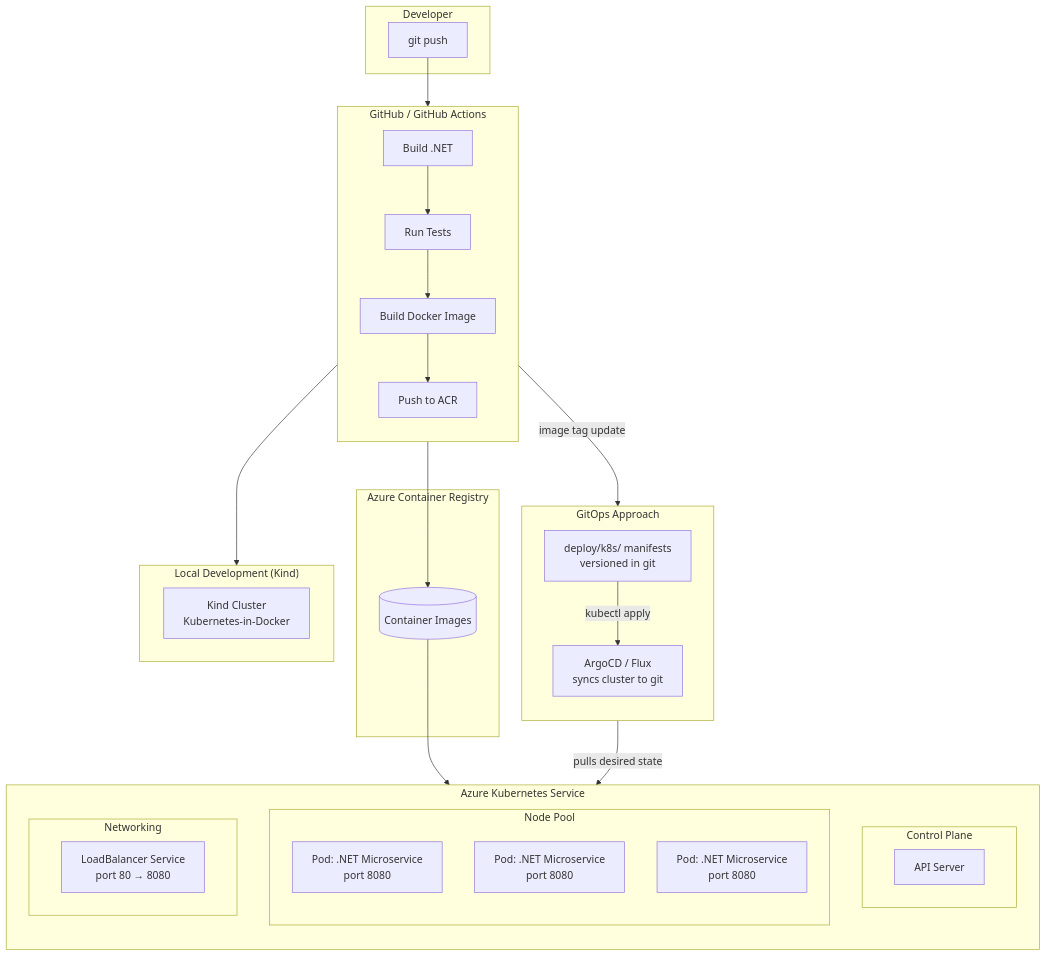
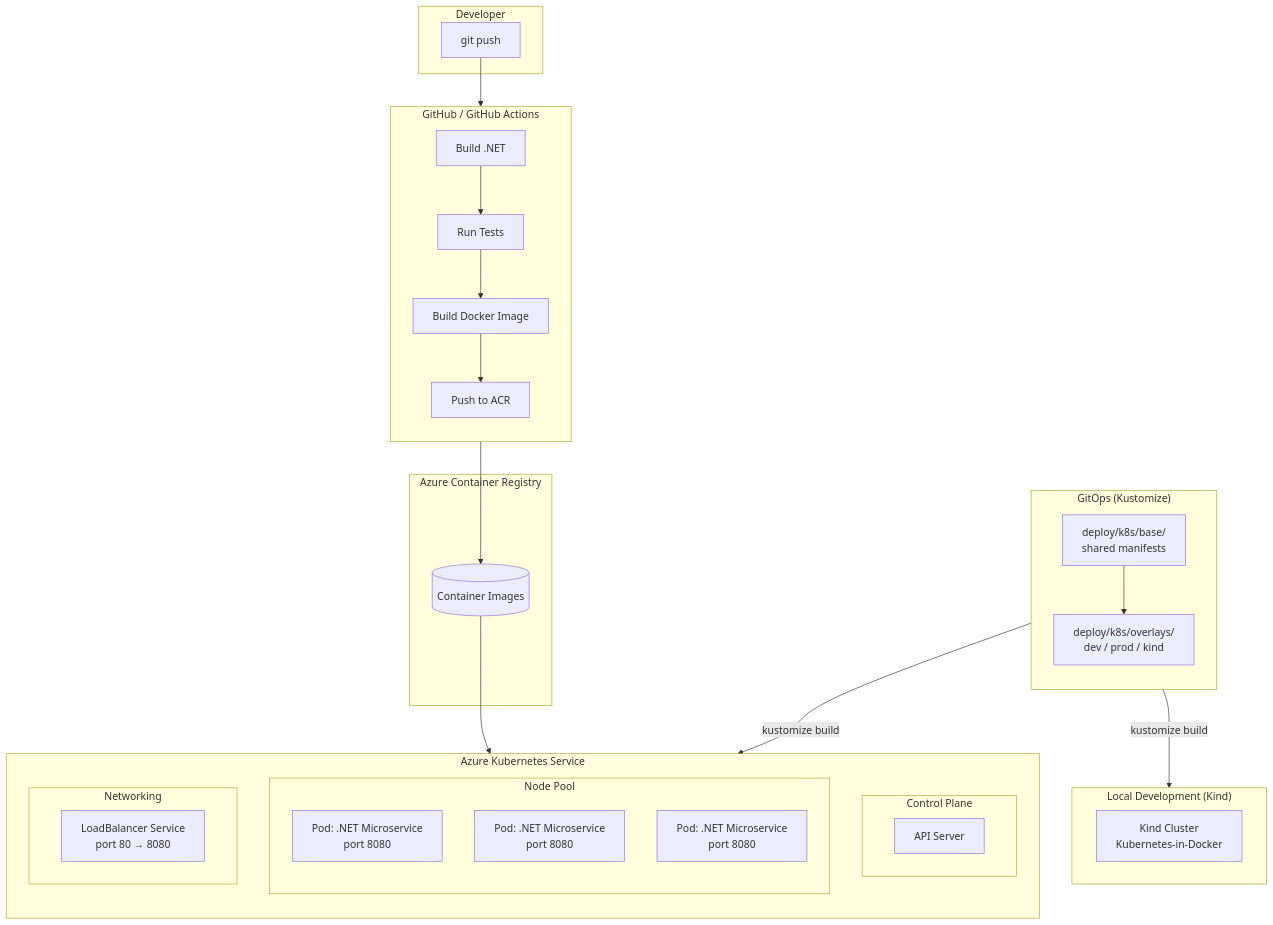
Before and after one commit to tukue/azure-dotnetservice: the first of 2 diagrams in README.md, drawn with Mermaid. The commit also changed other lines of this file and 15 other files, not shown here.

First line of the commit message:
Refactor to GitOps best practices with Kustomize overlays

````diff
--- a/README.md
+++ b/README.md
@@ -20,51 +20,50 @@
 ```mermaid
 flowchart TB
     subgraph Developer["Developer"]
         DEV[git push]
     end
 
     subgraph GH["GitHub / GitHub Actions"]
         direction TB
         BUILD[Build .NET] --> TEST[Run Tests]
         TEST --> DOCKER[Build Docker Image]
         DOCKER --> PUSH[Push to ACR]
     end
 
     subgraph ACR["Azure Container Registry"]
         REGISTRY[(Container Images)]
     end
 
-    subgraph GitOps["GitOps Approach"]
+    subgraph GitOps["GitOps (Kustomize)"]
         direction TB
-        MANIFESTS[deploy/k8s/ manifests<br/>versioned in git]
-        ARGO[ArgoCD / Flux<br/>syncs cluster to git]
-        MANIFESTS -->|kubectl apply| ARGO
+        BASE[deploy/k8s/base/<br/>shared manifests]
+        OVERLAYS[deploy/k8s/overlays/<br/>dev / prod / kind]
+        BASE --> OVERLAYS
     end
 
     subgraph AKS["Azure Kubernetes Service"]
         direction TB
         subgraph ControlPlane["Control Plane"]
             API[API Server]
         end
         subgraph Nodes["Node Pool"]
             direction TB
             P1[Pod: .NET Microservice<br/>port 8080]
             P2[Pod: .NET Microservice<br/>port 8080]
             P3[Pod: .NET Microservice<br/>port 8080]
         end
         subgraph Services["Networking"]
             SVC[LoadBalancer Service<br/>port 80 → 8080]
         end
     end
 
     subgraph Local["Local Development (Kind)"]
         KIND[Kind Cluster<br/>Kubernetes-in-Docker]
     end
 
     DEV --> BUILD
     PUSH --> REGISTRY
     REGISTRY --> AKS
-    ARGO -->|pulls desired state| AKS
-    GH -->|image tag update| MANIFESTS
-    GH --> Local
+    OVERLAYS -->|kustomize build| AKS
+    OVERLAYS -->|kustomize build| Local
 ```
````
